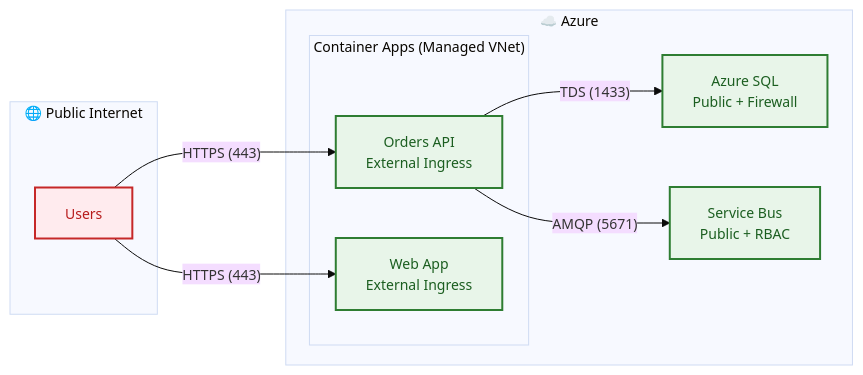
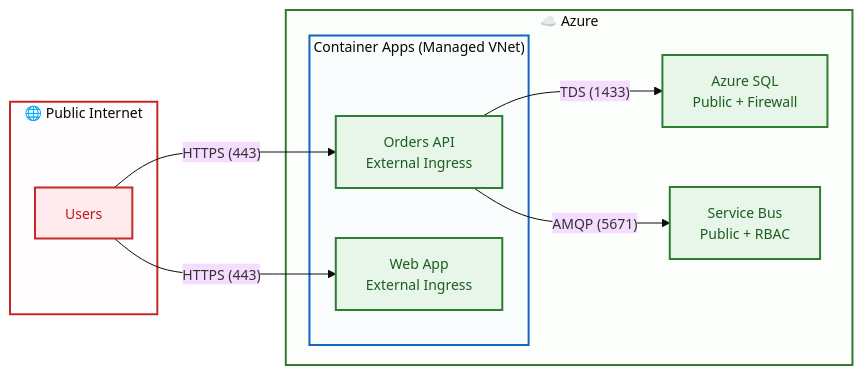
The third of 3 diagrams in docs/architecture/06-security-architecture.md (Evilazaro/Azure-LogicApps-Monitoring), drawn with Mermaid before and after one commit. The commit also changed other lines of this file, not shown here.

Commit message:
Enhance security architecture diagrams with improved subgraph container styling for better visual layer grouping

````diff
--- a/docs/architecture/06-security-architecture.md
+++ b/docs/architecture/06-security-architecture.md
@@ -235,29 +240,34 @@
 ```mermaid
 %%{init: {'theme': 'base', 'themeVariables': { 'fontSize': '14px'}}}%%
 flowchart LR
     subgraph Internet["🌐 Public Internet"]
         Users["Users"]
     end
 
     subgraph Azure["☁️ Azure"]
         subgraph CAE["Container Apps (Managed VNet)"]
             API["Orders API<br/>External Ingress"]
             Web["Web App<br/>External Ingress"]
         end
         
         SQL["Azure SQL<br/>Public + Firewall"]
         SB["Service Bus<br/>Public + RBAC"]
     end
 
     Users -->|"HTTPS (443)"| API
     Users -->|"HTTPS (443)"| Web
     API -->|"TDS (1433)"| SQL
     API -->|"AMQP (5671)"| SB
 
     %% Accessible color palette for network zones
     classDef public fill:#ffebee,stroke:#c62828,stroke-width:2px,color:#b71c1c
     classDef protected fill:#e8f5e9,stroke:#2e7d32,stroke-width:2px,color:#1b5e20
 
     class Users public
     class API,Web,SQL,SB protected
+
+    %% Subgraph container styling for visual layer grouping
+    style Internet fill:#ffebee22,stroke:#c62828,stroke-width:2px
+    style Azure fill:#e8f5e922,stroke:#2e7d32,stroke-width:2px
+    style CAE fill:#e3f2fd22,stroke:#1565c0,stroke-width:2px
 ```
````
